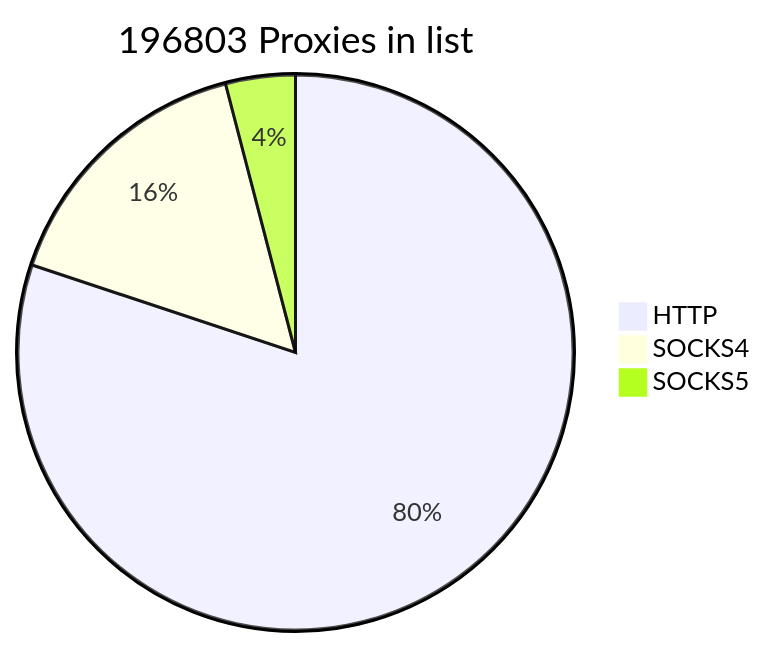
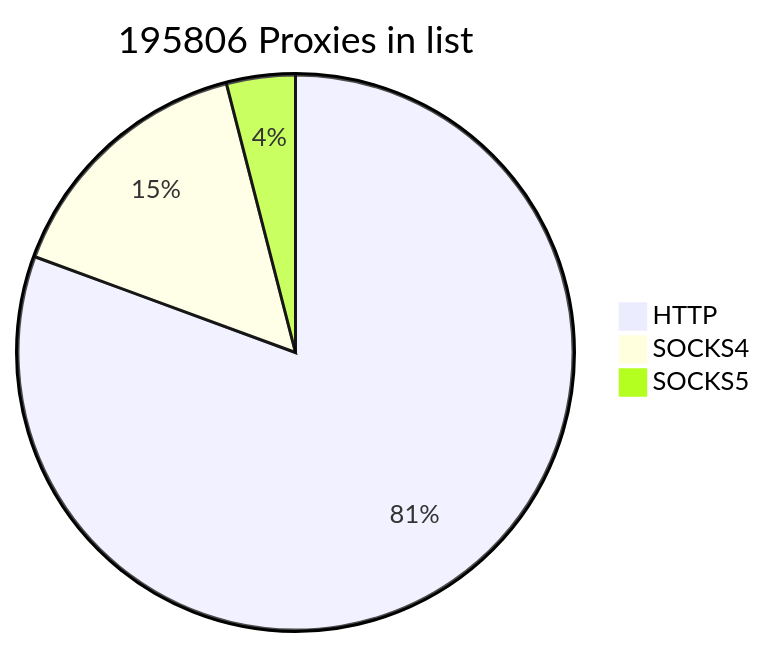
One commit to cutipu/proxylist changed the first of 2 diagrams in README.md. Above: the diagram before and after it, drawn with Mermaid. The commit also changed other lines of this file, not shown here.

````diff
--- a/README.md
+++ b/README.md
@@ -2,7 +2,7 @@
 ```mermaid
-pie title 196803 Proxies in list
-    "HTTP" : 157655
-    "SOCKS4" : 31168
-    "SOCKS5" : 7980
+pie title 195806 Proxies in list
+    "HTTP" : 157830
+    "SOCKS4" : 30138
+    "SOCKS5" : 7838
             
 ```
````
